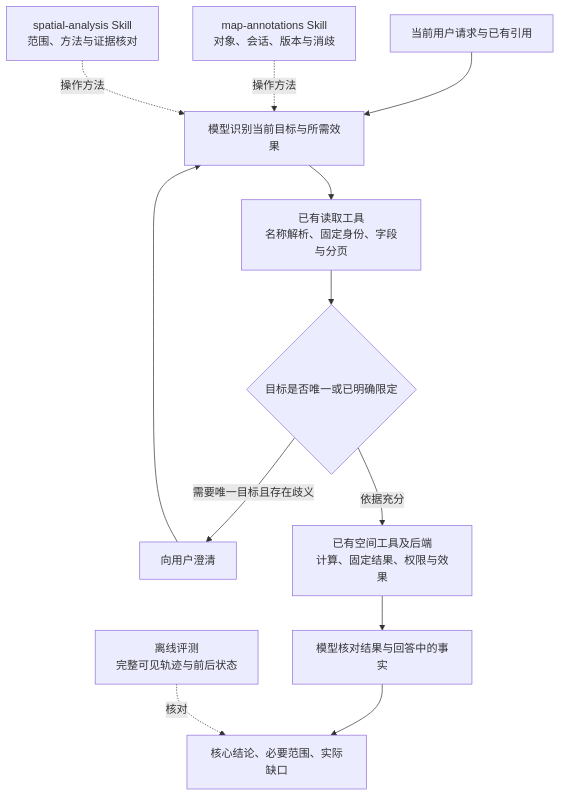
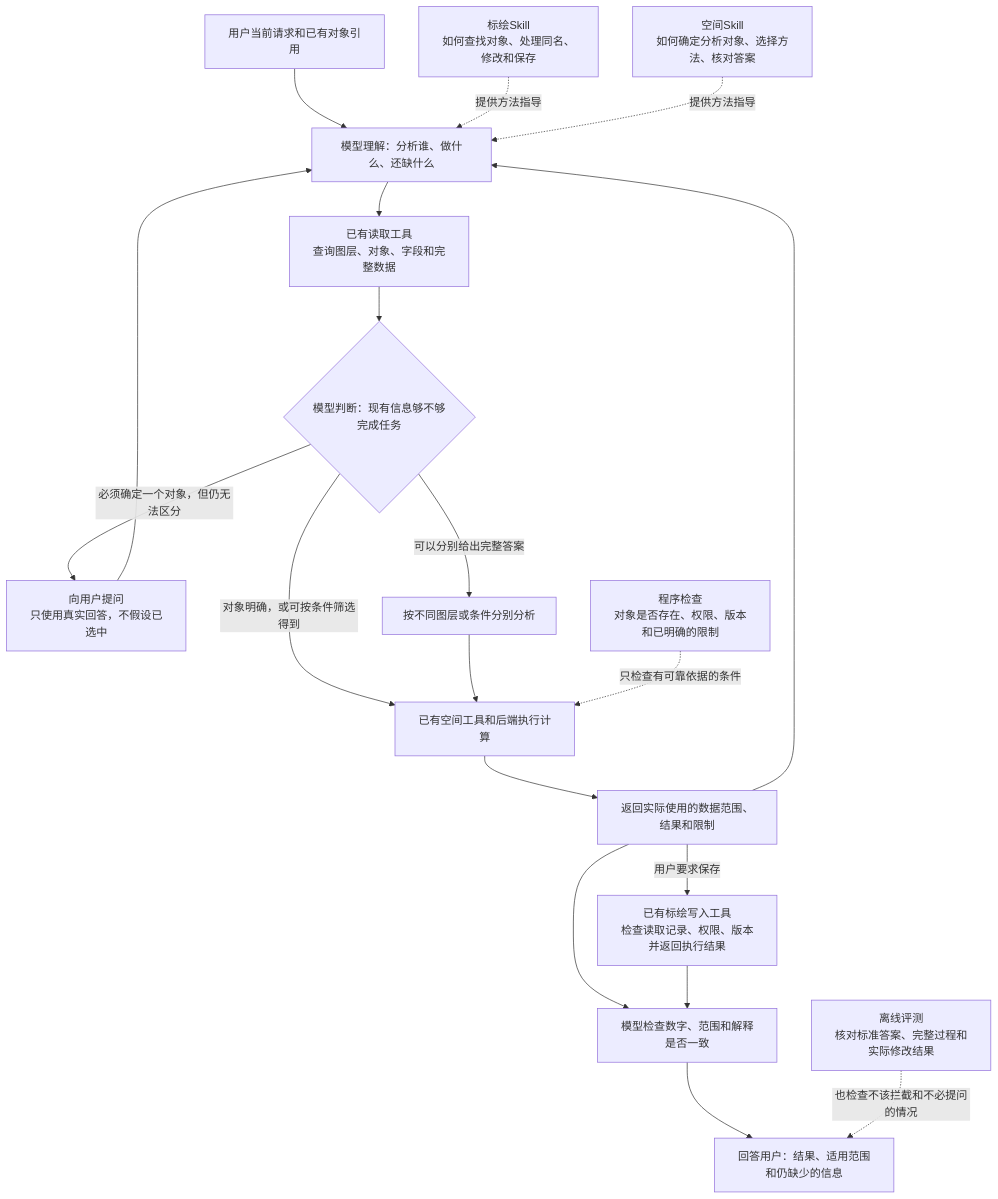
Before and after one commit to pulpcode/berserk: the diagram in .trellis/tasks/10-15-agent-map-spatial/post-round1-improvement-plan.md, drawn with Mermaid. The commit also changed other lines of this file and 2 other files, not shown here.

````diff
--- a/.trellis/tasks/10-15-agent-map-spatial/post-round1-improvement-plan.md
+++ b/.trellis/tasks/10-15-agent-map-spatial/post-round1-improvement-plan.md
@@ -29,14 +82,21 @@
 ```mermaid
 flowchart TD
-    U[当前用户请求与已有引用] --> M[模型识别当前目标与所需效果]
-    A[map-annotations Skill<br/>对象、会话、版本与消歧] -.操作方法.-> M
-    S[spatial-analysis Skill<br/>范围、方法与证据核对] -.操作方法.-> M
-    M --> R[已有读取工具<br/>名称解析、固定身份、字段与分页]
-    R --> Q{目标是否唯一或已明确限定}
-    Q -->|需要唯一目标且存在歧义| H[向用户澄清]
+    U[用户当前请求和已有对象引用] --> M[模型理解：分析谁、做什么、还缺什么]
+    A[标绘Skill<br/>如何查找对象、处理同名、修改和保存] -.提供方法指导.-> M
+    S[空间Skill<br/>如何确定分析对象、选择方法、核对答案] -.提供方法指导.-> M
+    M --> R[已有读取工具<br/>查询图层、对象、字段和完整数据]
+    R --> D{模型判断：现有信息够不够完成任务}
+    D -->|必须确定一个对象，但仍无法区分| H[向用户提问<br/>只使用真实回答，不假设已选中]
     H --> M
-    Q -->|依据充分| C[已有空间工具及后端<br/>计算、固定结果、权限与效果]
-    C --> E[模型核对结果与回答中的事实]
-    E --> O[核心结论、必要范围、实际缺口]
-    V[离线评测<br/>完整可见轨迹与前后状态] -.核对.-> O
+    D -->|可以分别给出完整答案| B[按不同图层或条件分别分析]
+    D -->|对象明确，或可按条件筛选得到| C[已有空间工具和后端执行计算]
+    B --> C
+    K[程序检查<br/>对象是否存在、权限、版本和已明确的限制] -.只检查有可靠依据的条件.-> C
+    C --> F[返回实际使用的数据范围、结果和限制]
+    F --> M
+    F --> E[模型检查数字、范围和解释是否一致]
+    E --> O[回答用户：结果、适用范围和仍缺少的信息]
+    F -->|用户要求保存| W[已有标绘写入工具<br/>检查读取记录、权限、版本并返回执行结果]
+    W --> E
+    V[离线评测<br/>核对标准答案、完整过程和实际修改结果] -.也检查不该拦截和不必提问的情况.-> O
 ```
````
